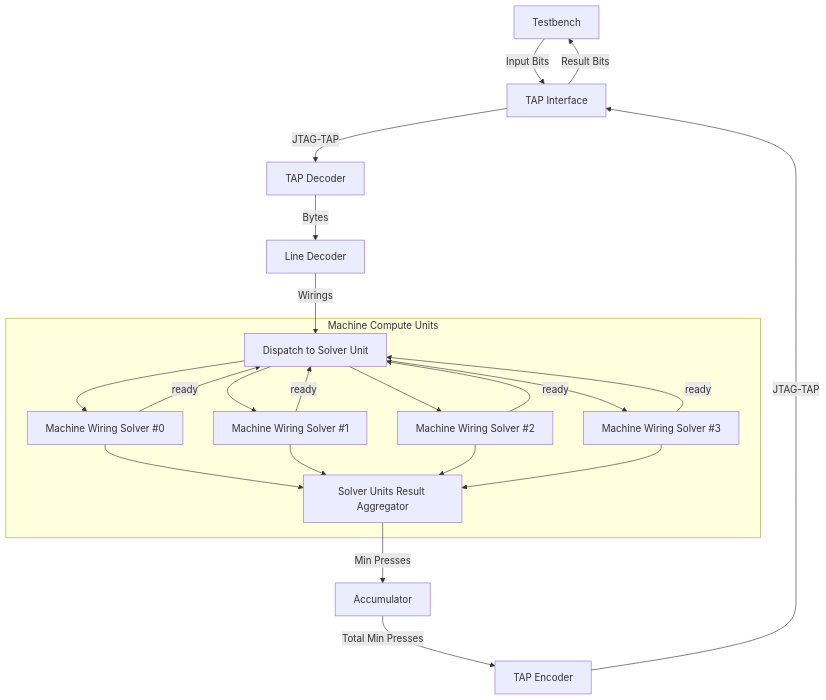
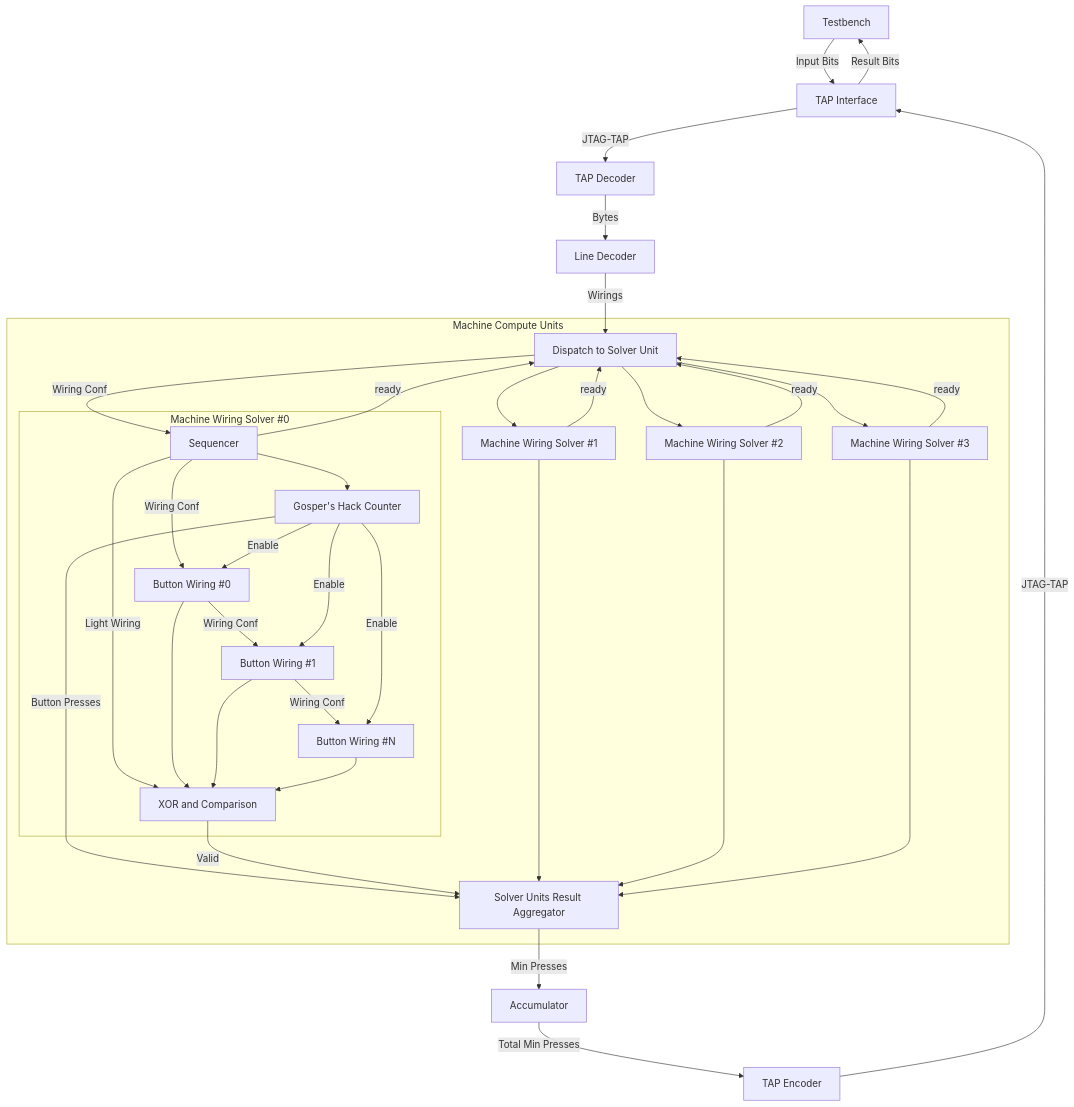
One commit to MatthieuMichon/aoc-rtl changed the second of 2 diagrams in 25/10/README.md. Above: the diagram before and after it, drawn with Mermaid. The commit also changed other lines of this file and 1 other file, not shown here.

Commit message:
(day10.1) doc: Update contents

````diff
--- a/25/10/README.md
+++ b/25/10/README.md
@@ -323,38 +323,57 @@
 ```mermaid
 flowchart
 tb["Testbench"]
 tap["TAP Interface"]
 tap-dec["TAP Decoder"]
 line-dec["Line Decoder"]
 cnt["Accumulator"]
 tap-enc["TAP Encoder"]
 subgraph mcu["Machine Compute Units"]
     disp["Dispatch to Solver Unit"]
-    msw0["Machine Wiring Solver #0"]
+    subgraph msw0["Machine Wiring Solver #0"]
+        seq["Sequencer"]
+        ghc["Gosper's Hack Counter"]
+        bw0["Button Wiring #0"]
+        bw1["Button Wiring #1"]
+        bwn["Button Wiring #N"]
+        xor["XOR and Comparison"]
+    end
     msw1["Machine Wiring Solver #1"]
     msw2["Machine Wiring Solver #2"]
     msw3["Machine Wiring Solver #3"]
     aggreg["Solver Units Result Aggregator"]
 end
 
 tb --Input Bits--> tap
 tap --JTAG-TAP--> tap-dec
 tap-dec --Bytes--> line-dec
 line-dec --Wirings--> disp
-disp --> msw0
+disp --Wiring Conf--> seq
+seq --> ghc
+seq --Wiring Conf--> bw0
+bw0 --Wiring Conf--> bw1
+bw1 --Wiring Conf--> bwn
+ghc --Enable--> bw0
+ghc --Enable--> bw1
+ghc --Enable--> bwn
 disp --> msw1
 disp --> msw2
 disp --> msw3
-msw0 --ready--> disp
-msw0 --> aggreg
+seq --ready--> disp
+seq --Light Wiring--> xor
+bw0 --> xor
+bw1 --> xor
+bwn --> xor
+ghc --Button Presses--> aggreg
+xor --Valid--> aggreg
 msw1 --ready--> disp
 msw1 --> aggreg
 msw2 --ready--> disp
 msw2 --> aggreg
 msw3 --ready--> disp
 msw3 --> aggreg
 aggreg --Min Presses--> cnt
 cnt --Total Min Presses--> tap-enc
 tap-enc --JTAG-TAP--> tap
 tap --Result Bits--> tb
 ```
````
